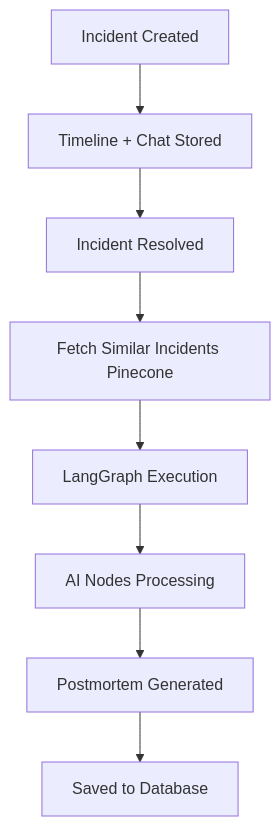
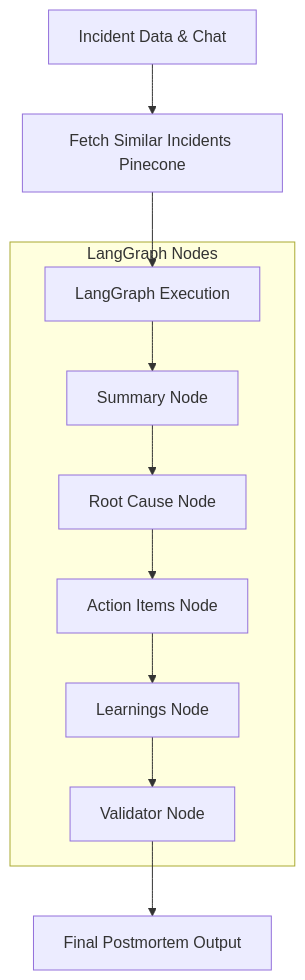
Before and after one commit to Soumipal56/AlertForge: the diagram in AlertForge/Backend/status/langgraph-postmortem-system.md, drawn with Mermaid. The commit also changed other lines of this file, not shown here.

Commit message:
feat(postmortem): enhance documentation structure and clarify system overview and flow

````diff
--- a/AlertForge/Backend/status/langgraph-postmortem-system.md
+++ b/AlertForge/Backend/status/langgraph-postmortem-system.md
@@ -19,10 +13,15 @@
 ```mermaid
 flowchart TD
-    A[Incident Created] --> B[Timeline + Chat Stored]
-    B --> C[Incident Resolved]
-    C --> D[Fetch Similar Incidents Pinecone]
-    D --> E[LangGraph Execution]
-    E --> F[AI Nodes Processing]
-    F --> G[Postmortem Generated]
-    G --> H[Saved to Database]
+    A[Incident Data & Chat] --> B[Fetch Similar Incidents Pinecone]
+    B --> C[LangGraph Execution]
+    
+    subgraph LangGraph Nodes
+    C --> D[Summary Node]
+    D --> E[Root Cause Node]
+    E --> F[Action Items Node]
+    F --> G[Learnings Node]
+    G --> H[Validator Node]
+    end
+    
+    H --> I[Final Postmortem Output]
 ```
````
